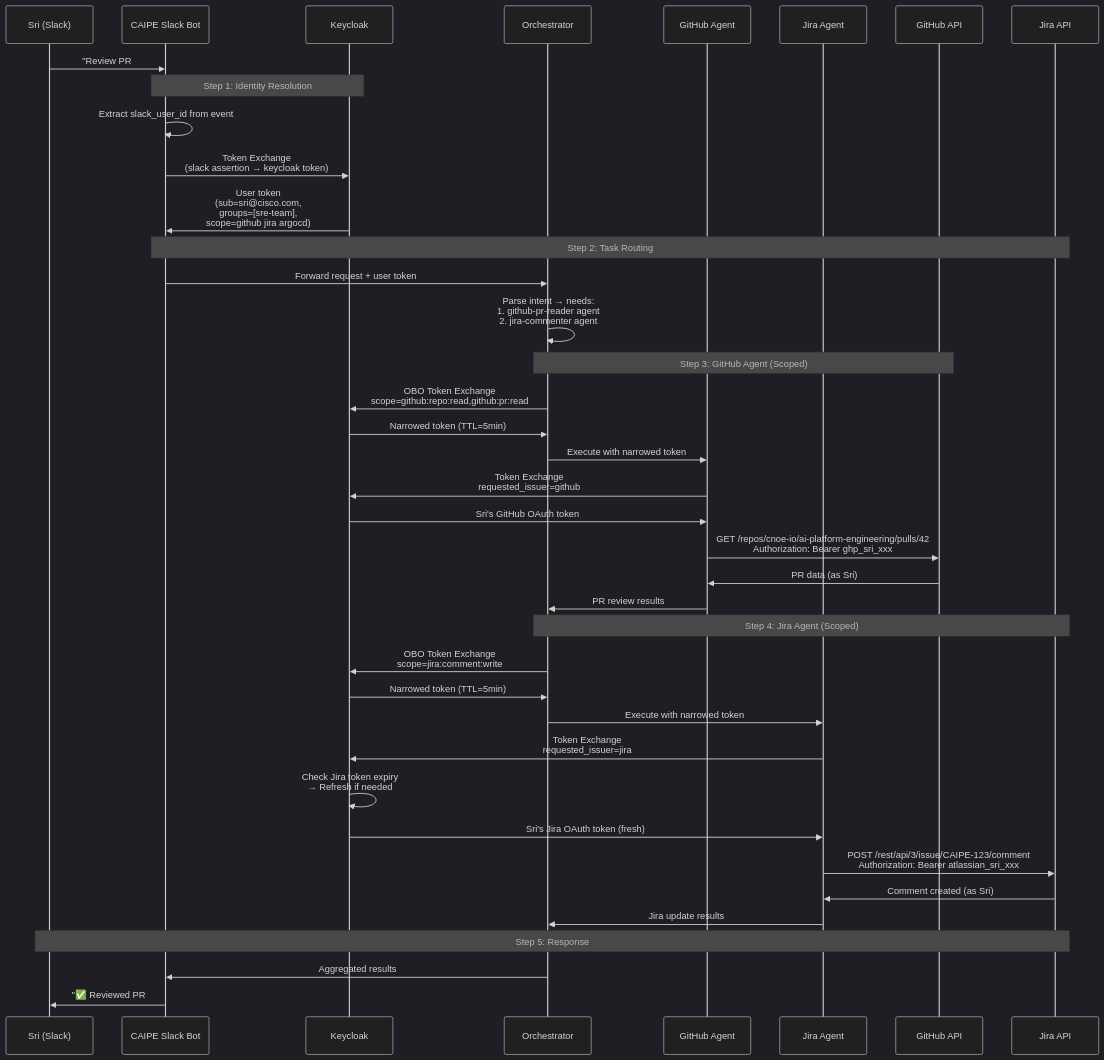
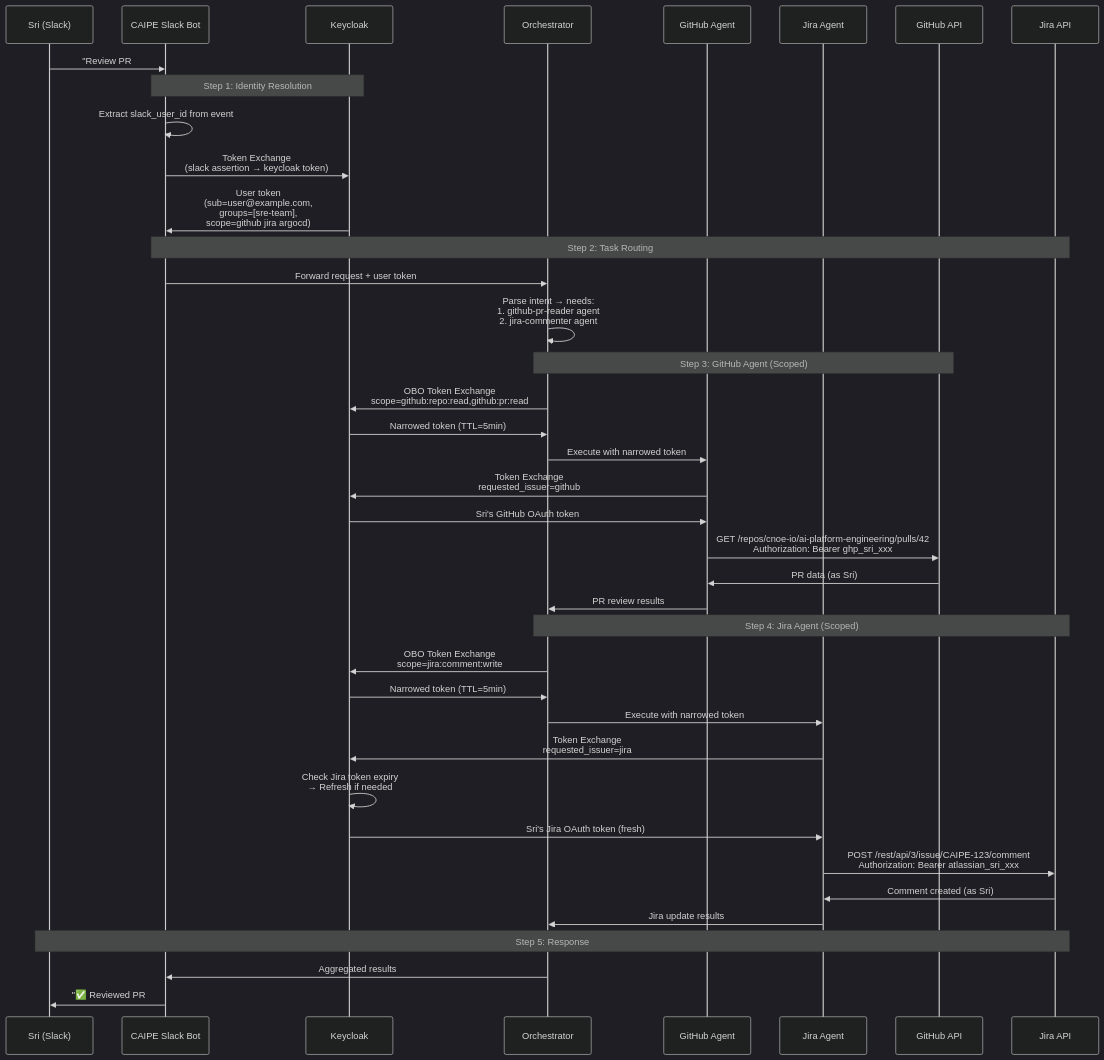
Before and after one commit to cnoe-io/ai-platform-engineering: the ninth of 9 diagrams in docs/docs/architecture/enterprise-identity-federation.md, drawn with Mermaid (dark theme). The commit also changed other lines of this file, not shown here.

First line of the commit message:
docs(architecture): remove Cisco-specific references, make doc generic

````diff
--- a/docs/docs/architecture/enterprise-identity-federation.md
+++ b/docs/docs/architecture/enterprise-identity-federation.md
@@ -1038,47 +1038,47 @@
 ```mermaid
 sequenceDiagram
     participant U as Sri (Slack)
     participant SB as CAIPE Slack Bot
     participant KC as Keycloak
     participant ORCH as Orchestrator
     participant GH_AGENT as GitHub Agent
     participant JIRA_AGENT as Jira Agent
     participant GH as GitHub API
     participant JIRA as Jira API
 
     U->>SB: "Review PR #42 on caipe repo<br/>and update JIRA CAIPE-123"
 
     Note over SB,KC: Step 1: Identity Resolution
     SB->>SB: Extract slack_user_id from event
     SB->>KC: Token Exchange<br/>(slack assertion → keycloak token)
-    KC->>SB: User token<br/>(sub=sri@cisco.com,<br/>groups=[sre-team],<br/>scope=github jira argocd)
+    KC->>SB: User token<br/>(sub=user@example.com,<br/>groups=[sre-team],<br/>scope=github jira argocd)
 
     Note over SB,JIRA: Step 2: Task Routing
     SB->>ORCH: Forward request + user token
     ORCH->>ORCH: Parse intent → needs:<br/>1. github-pr-reader agent<br/>2. jira-commenter agent
 
     Note over ORCH,GH: Step 3: GitHub Agent (Scoped)
     ORCH->>KC: OBO Token Exchange<br/>scope=github:repo:read,github:pr:read
     KC->>ORCH: Narrowed token (TTL=5min)
     ORCH->>GH_AGENT: Execute with narrowed token
     GH_AGENT->>KC: Token Exchange<br/>requested_issuer=github
     KC->>GH_AGENT: Sri's GitHub OAuth token
     GH_AGENT->>GH: GET /repos/cnoe-io/ai-platform-engineering/pulls/42<br/>Authorization: Bearer ghp_sri_xxx
     GH->>GH_AGENT: PR data (as Sri)
     GH_AGENT->>ORCH: PR review results
 
     Note over ORCH,JIRA: Step 4: Jira Agent (Scoped)
     ORCH->>KC: OBO Token Exchange<br/>scope=jira:comment:write
     KC->>ORCH: Narrowed token (TTL=5min)
     ORCH->>JIRA_AGENT: Execute with narrowed token
     JIRA_AGENT->>KC: Token Exchange<br/>requested_issuer=jira
     KC->>KC: Check Jira token expiry<br/>→ Refresh if needed
     KC->>JIRA_AGENT: Sri's Jira OAuth token (fresh)
     JIRA_AGENT->>JIRA: POST /rest/api/3/issue/CAIPE-123/comment<br/>Authorization: Bearer atlassian_sri_xxx
     JIRA->>JIRA_AGENT: Comment created (as Sri)
     JIRA_AGENT->>ORCH: Jira update results
 
     Note over U,JIRA: Step 5: Response
     ORCH->>SB: Aggregated results
     SB->>U: "✅ Reviewed PR #42: LGTM with 2 minor suggestions.<br/>✅ Updated CAIPE-123 with PR review summary."
 ```
````
